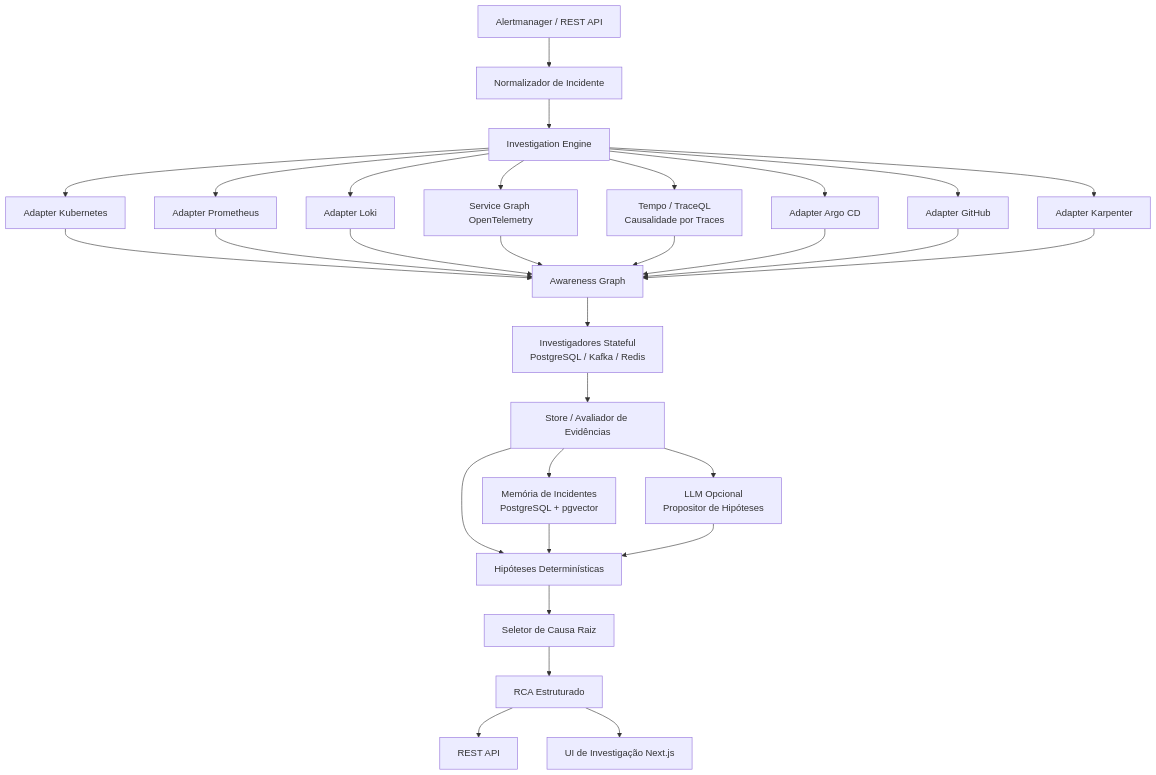
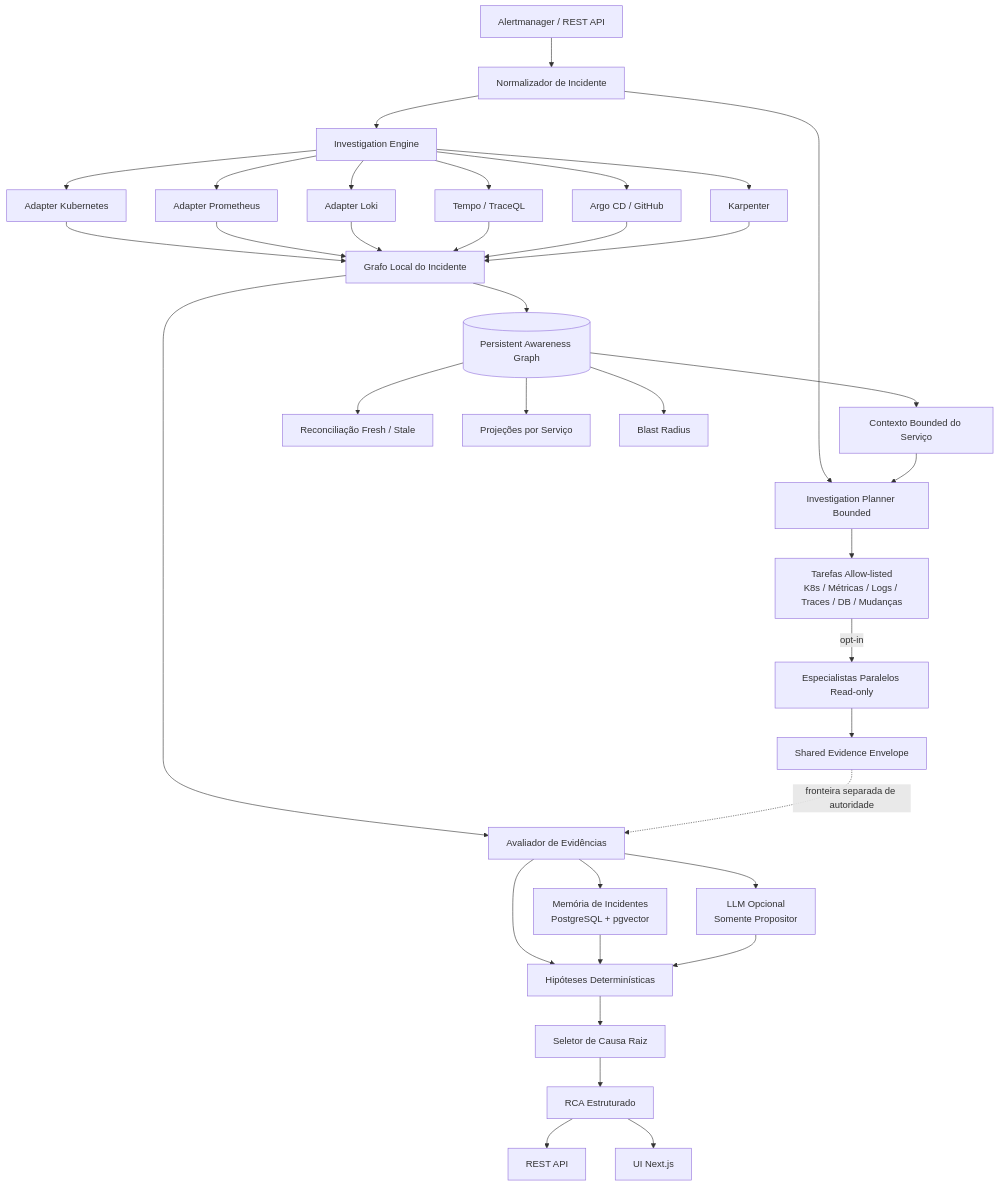
One commit to marcocristofolini/ai-sre-rca changed the first of 18 diagrams in docs/architecture.pt-BR.md. Above: the diagram before and after it, drawn with Mermaid. The commit also changed other lines of this file and 38 other files, not shown here.

First line of the commit message:
feat: v0.8 persistent awareness graph foundation (#18)

````diff
--- a/docs/architecture.pt-BR.md
+++ b/docs/architecture.pt-BR.md
@@ -7,36 +7,43 @@
 ```mermaid
 flowchart TD
     A[Alertmanager / REST API] --> N[Normalizador de Incidente]
+    N --> PLAN[Investigation Planner Bounded]
     N --> I[Investigation Engine]
+
+    PAG[(Persistent Awareness Graph)] --> CTX[Contexto Bounded do Serviço]
+    CTX --> PLAN
+    PLAN --> PT[Tarefas Allow-listed<br/>K8s / Métricas / Logs / Traces / DB / Mudanças]
+    PT -->|opt-in| ORCH[Especialistas Paralelos Read-only]
+    ORCH --> SE[Shared Evidence Envelope]
 
     I --> K[Adapter Kubernetes]
     I --> P[Adapter Prometheus]
     I --> L[Adapter Loki]
-    I --> O[Service Graph OpenTelemetry]
-    I --> T[Tempo / TraceQL<br/>Causalidade por Traces]
-    I --> AR[Adapter Argo CD]
-    I --> GH[Adapter GitHub]
-    I --> KA[Adapter Karpenter]
+    I --> T[Tempo / TraceQL]
+    I --> AR[Argo CD / GitHub]
+    I --> KA[Karpenter]
 
-    K --> G[Awareness Graph]
-    P --> G
-    L --> G
-    O --> G
-    T --> G
-    AR --> G
-    GH --> G
-    KA --> G
+    K --> LG[Grafo Local do Incidente]
+    P --> LG
+    L --> LG
+    T --> LG
+    AR --> LG
+    KA --> LG
 
-    G --> SD[Investigadores Stateful<br/>PostgreSQL / Kafka / Redis]
-    SD --> EV[Store / Avaliador de Evidências]
+    LG --> EV[Avaliador de Evidências]
+    SE -. fronteira separada de autoridade .-> EV
+    LG --> PAG
+    PAG --> REC[Reconciliação Fresh / Stale]
+    PAG --> SV[Projeções por Serviço]
+    PAG --> BR[Blast Radius]
+
     EV --> H[Hipóteses Determinísticas]
     EV --> MEM[Memória de Incidentes<br/>PostgreSQL + pgvector]
-    EV --> LLM[LLM Opcional<br/>Propositor de Hipóteses]
-
+    EV --> LLM[LLM Opcional<br/>Somente Propositor]
     MEM --> H
     LLM --> H
     H --> RC[Seletor de Causa Raiz]
     RC --> RCA[RCA Estruturado]
     RCA --> API[REST API]
-    RCA --> UI[UI de Investigação Next.js]
+    RCA --> UI[UI Next.js]
 ```
````
